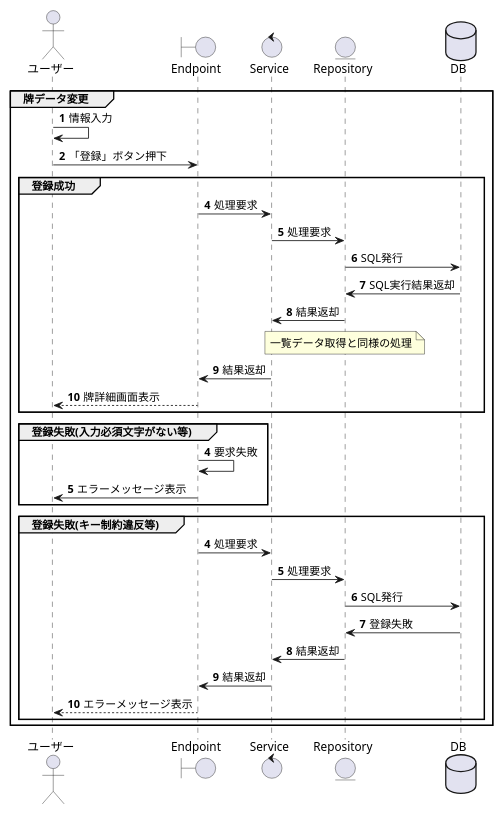
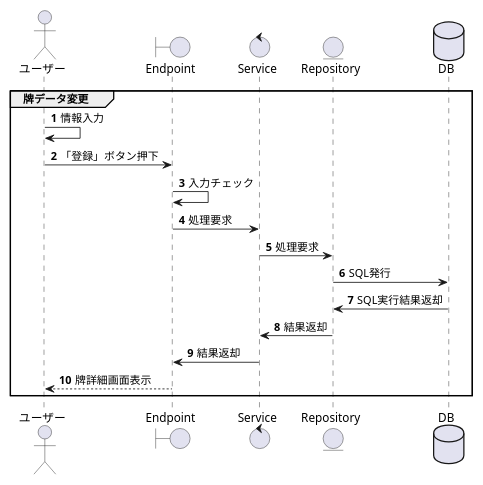
Diagram 12 of 14 in document/詳細設計書/詳細設計書.md (NakataTPD/2018-k-web-training), drawn with PlantUML before and after one commit. The commit also changed other lines of this file and 1 other file, not shown here.

````diff
--- a/document/詳細設計書/詳細設計書.md
+++ b/document/詳細設計書/詳細設計書.md
@@ -573,44 +669,25 @@
 ```puml
 scale 0.8
 actor ユーザー as User
 boundary Endpoint as Con
 control Service as Ser
 entity Repository as Repo
 database DB as DB
 
 group 牌データ変更
   autonumber 1
 
     User -> User: 情報入力
     User -> Con: 「登録」ボタン押下
-    group 登録成功
-    autonumber 4
+    Con -> Con: 入力チェック
+
     Con -> Ser: 処理要求
     Ser -> Repo: 処理要求
     Repo -> DB: SQL発行
     DB -> Repo: SQL実行結果返却
     Repo -> Ser: 結果返却
-    note over Repo
-    一覧データ取得と同様の処理
-    end note
     Ser -> Con: 結果返却
     Con --> User: 牌詳細画面表示
-    end
-    group 登録失敗(入力必須文字がない等)
-    autonumber 4
-    Con -> Con: 要求失敗
-    Con -> User: エラーメッセージ表示
-    end
-    group 登録失敗(キー制約違反等)
-    autonumber 4
-    Con -> Ser: 処理要求
-    Ser -> Repo: 処理要求
-    Repo -> DB: SQL発行
-    DB -> Repo: 登録失敗
-    Repo -> Ser: 結果返却
-    Ser -> Con: 結果返却
-    Con --> User: エラーメッセージ表示
-    end
 
 end
 ```
````
